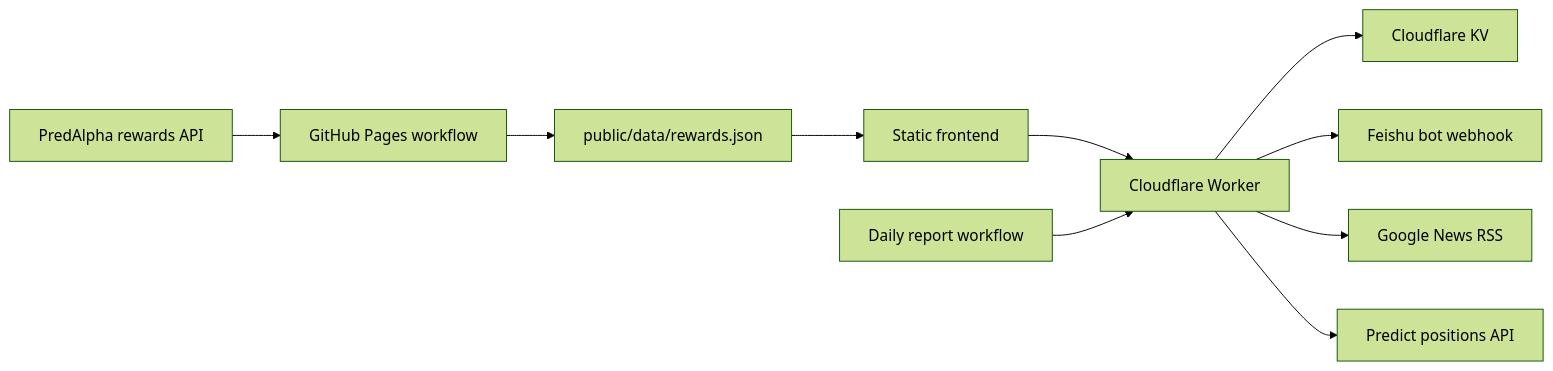
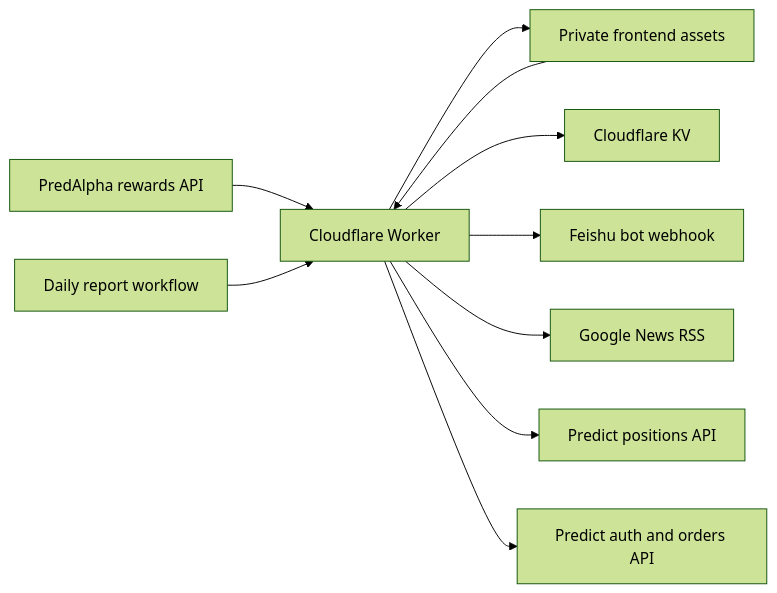
Before and after one commit to aihuman750/predict: the diagram in docs/architecture.md, drawn with Mermaid (forest theme). The commit also changed other lines of this file and 16 other files, not shown here.

Commit message:
Add private site login and self wallet orders

````diff
--- a/docs/architecture.md
+++ b/docs/architecture.md
@@ -12,12 +11,12 @@
 ```mermaid
 flowchart LR
-  A["PredAlpha rewards API"] --> B["GitHub Pages workflow"]
-  B --> C["public/data/rewards.json"]
-  C --> D["Static frontend"]
-  D --> E["Cloudflare Worker"]
+  A["PredAlpha rewards API"] --> E["Cloudflare Worker"]
+  D["Private frontend assets"] --> E
+  E --> D
   E --> F["Cloudflare KV"]
   E --> G["Feishu bot webhook"]
   E --> H["Google News RSS"]
   E --> J["Predict positions API"]
+  E --> K["Predict auth and orders API"]
   I["Daily report workflow"] --> E
 ```
````
